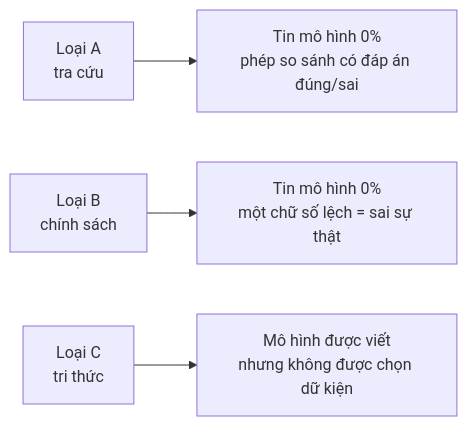
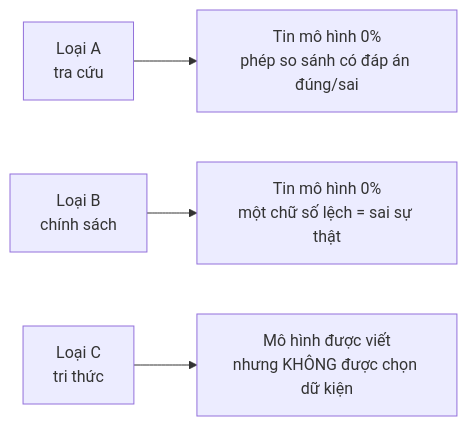
The first of 9 diagrams in docs/ai/BAO_CAO_HOC_MAY_KPDL.md (Anpham120/restaurant-qr-ai-ordering), drawn with Mermaid before and after one commit. The commit also changed other lines of this file and 1 other file, not shown here.

````diff
--- a/docs/ai/BAO_CAO_HOC_MAY_KPDL.md
+++ b/docs/ai/BAO_CAO_HOC_MAY_KPDL.md
@@ -50,6 +362,6 @@
 ```mermaid
 flowchart LR
   A["Loại A<br/>tra cứu"] --> A1["Tin mô hình 0%<br/>phép so sánh có đáp án đúng/sai"]
   B["Loại B<br/>chính sách"] --> B1["Tin mô hình 0%<br/>một chữ số lệch = sai sự thật"]
-  C["Loại C<br/>tri thức"] --> C1["Mô hình được viết<br/>nhưng không được chọn dữ kiện"]
+  C["Loại C<br/>tri thức"] --> C1["Mô hình được viết<br/>nhưng KHÔNG được chọn dữ kiện"]
 ```
````
